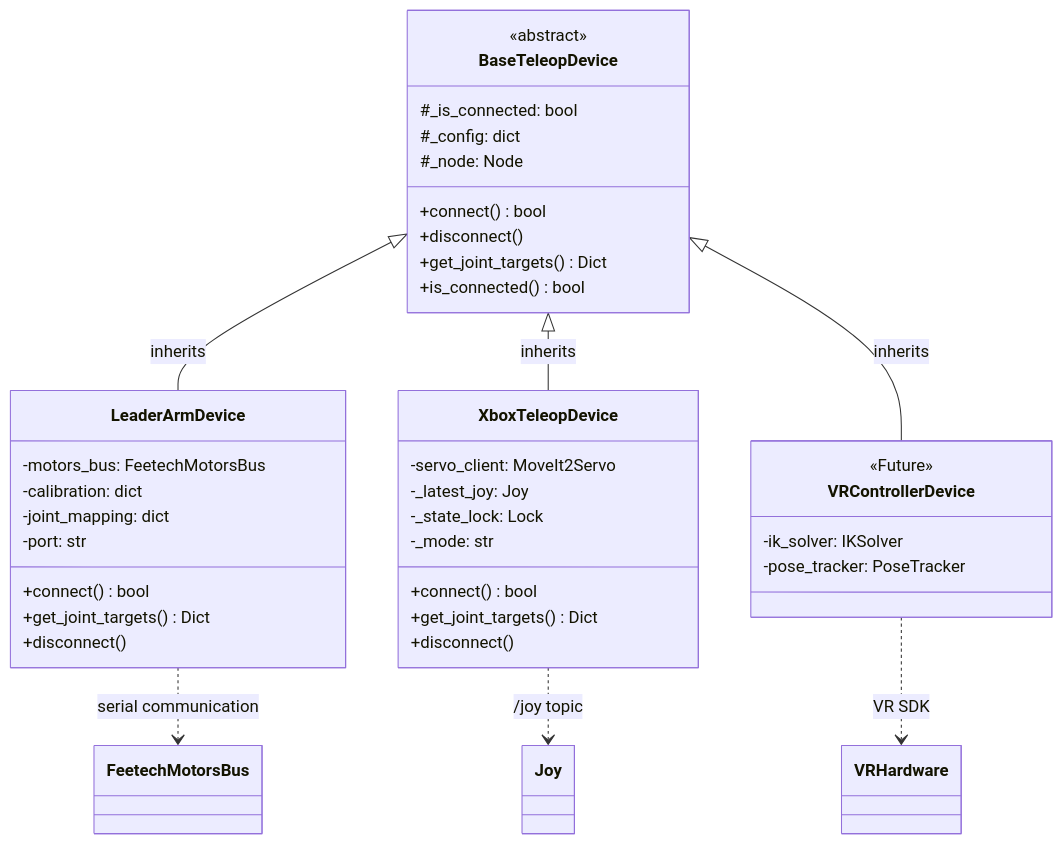
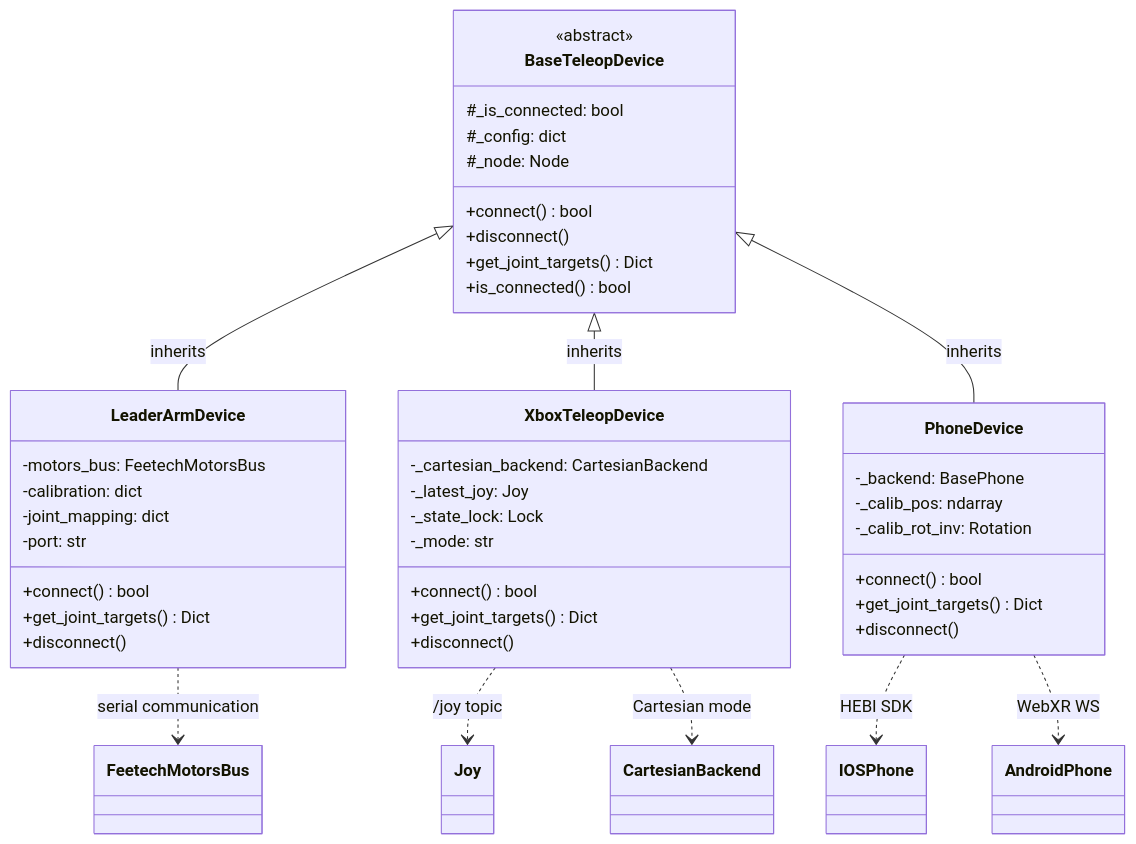
One commit to StoneStar-Aiknow/IB_Robot changed the second of 4 diagrams in src/robot_teleop/README.en.md. Above: the diagram before and after it, drawn with Mermaid. The commit also changed other lines of this file and 25 other files, not shown here.

First line of the commit message:
robot_moveit,robot_teleop: remove SO-101 safe servo

````diff
--- a/src/robot_teleop/README.en.md
+++ b/src/robot_teleop/README.en.md
@@ -80,47 +85,52 @@
 ```mermaid
 classDiagram
     class BaseTeleopDevice {
         <<abstract>>
         #_is_connected: bool
         #_config: dict
         #_node: Node
         +connect() bool
         +disconnect()
         +get_joint_targets() Dict
         +is_connected() bool
     }
     
     class LeaderArmDevice {
         -motors_bus: FeetechMotorsBus
         -calibration: dict
         -joint_mapping: dict
         -port: str
         +connect() bool
         +get_joint_targets() Dict
         +disconnect()
     }
     
     class XboxTeleopDevice {
-        -servo_client: MoveIt2Servo
+        -_cartesian_backend: CartesianBackend
         -_latest_joy: Joy
         -_state_lock: Lock
         -_mode: str
         +connect() bool
         +get_joint_targets() Dict
         +disconnect()
     }
-    
-    class VRControllerDevice {
-        <<Future>>
-        -ik_solver: IKSolver
-        -pose_tracker: PoseTracker
+
+    class PhoneDevice {
+        -_backend: BasePhone
+        -_calib_pos: ndarray
+        -_calib_rot_inv: Rotation
+        +connect() bool
+        +get_joint_targets() Dict
+        +disconnect()
     }
-    
+
     BaseTeleopDevice <|-- LeaderArmDevice : inherits
     BaseTeleopDevice <|-- XboxTeleopDevice : inherits
-    BaseTeleopDevice <|-- VRControllerDevice : inherits
-    
+    BaseTeleopDevice <|-- PhoneDevice : inherits
+
     LeaderArmDevice ..> FeetechMotorsBus : serial communication
     XboxTeleopDevice ..> Joy : /joy topic
-    VRControllerDevice ..> VRHardware : VR SDK
+    XboxTeleopDevice ..> CartesianBackend : Cartesian mode
+    PhoneDevice ..> IOSPhone : HEBI SDK
+    PhoneDevice ..> AndroidPhone : WebXR WS
 ```
````
